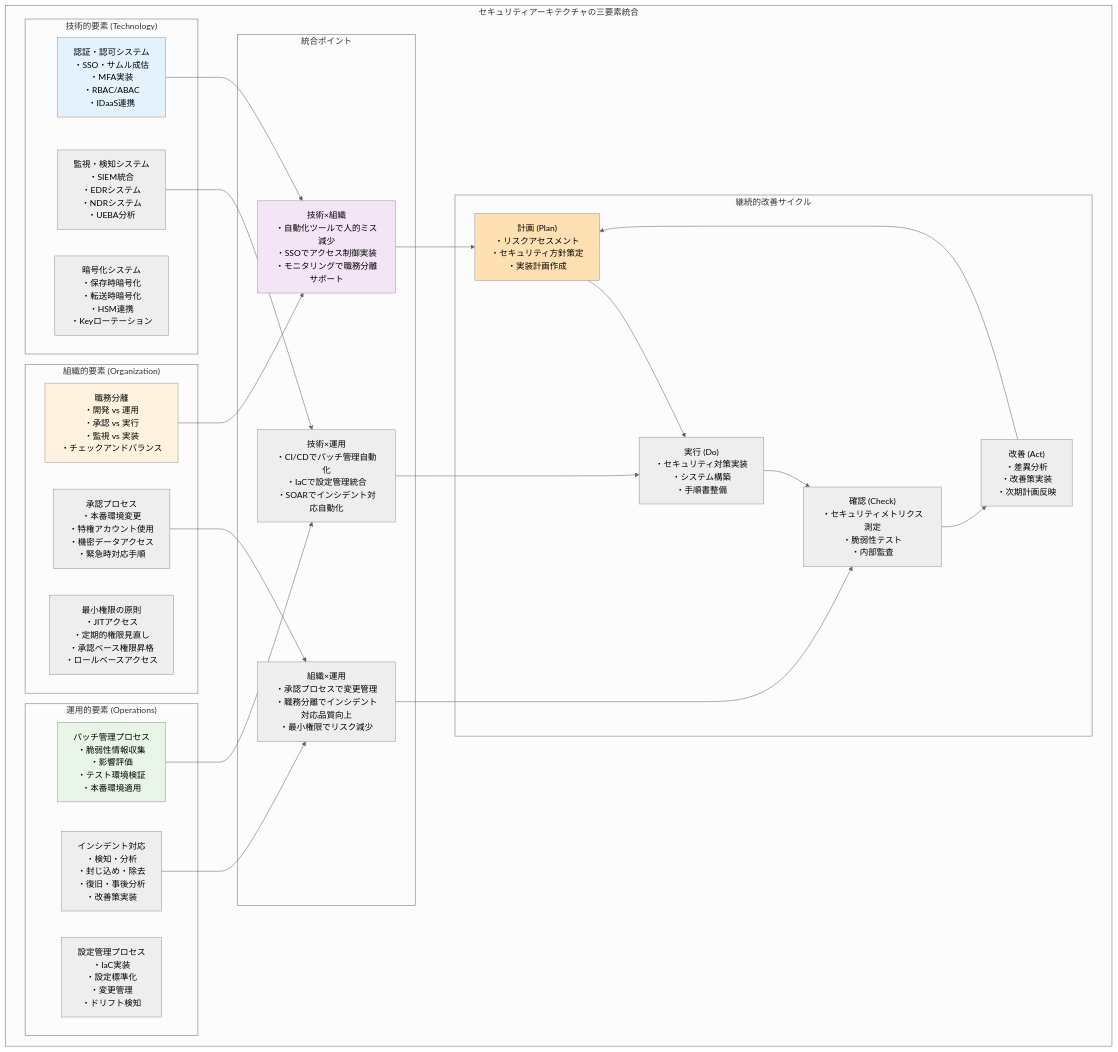
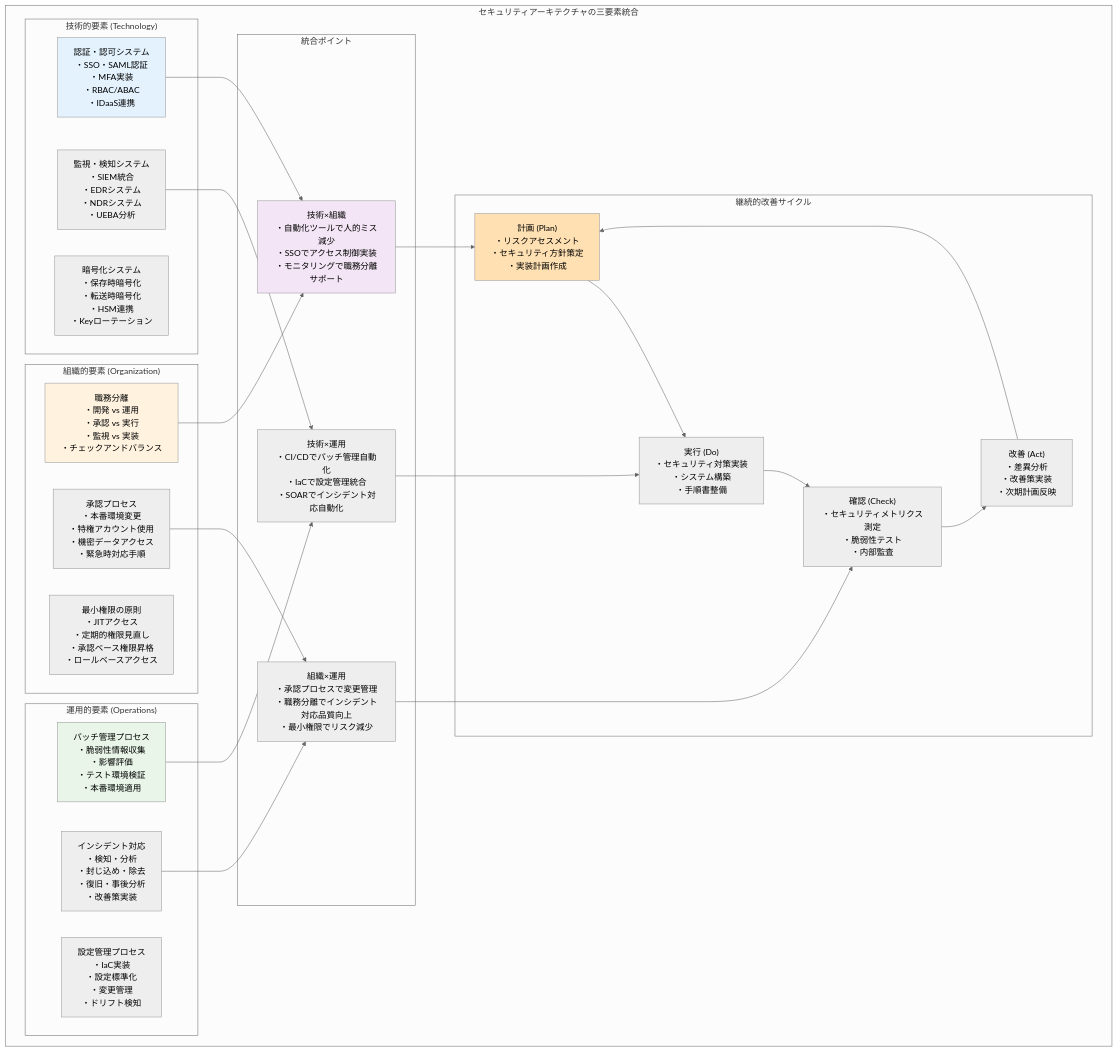
One commit to itdojp/it-infra-security-guide-book changed the third of 5 diagrams in src/chapter-chapter02/index.md. Above: the diagram before and after it, drawn with Mermaid (neutral theme).

````diff
--- a/src/chapter-chapter02/index.md
+++ b/src/chapter-chapter02/index.md
@@ -256,59 +256,59 @@
 ```mermaid
 graph TD
     subgraph "セキュリティアーキテクチャの三要素統合"
         subgraph "技術的要素 (Technology)"
-            AuthSystem["認証・認可システム<br/>・SSO・サムル成估<br/>・MFA実装<br/>・RBAC/ABAC<br/>・IDaaS連携"]
+            AuthSystem["認証・認可システム<br/>・SSO・SAML認証<br/>・MFA実装<br/>・RBAC/ABAC<br/>・IDaaS連携"]
             CryptoSystem["暗号化システム<br/>・保存時暗号化<br/>・転送時暗号化<br/>・HSM連携<br/>・Keyローテーション"]
             MonitoringSystem["監視・検知システム<br/>・SIEM統合<br/>・EDRシステム<br/>・NDRシステム<br/>・UEBA分析"]
         end
         
         subgraph "組織的要素 (Organization)"
             Separation["職務分離<br/>・開発 vs 運用<br/>・承認 vs 実行<br/>・監視 vs 実装<br/>・チェックアンドバランス"]
             LeastPrivilege["最小権限の原則<br/>・JITアクセス<br/>・定期的権限見直し<br/>・承認ベース権限昇格<br/>・ロールベースアクセス"]
             ApprovalProcess["承認プロセス<br/>・本番環境変更<br/>・特権アカウント使用<br/>・機密データアクセス<br/>・緊急時対応手順"]
         end
         
         subgraph "運用的要素 (Operations)"
             PatchManagement["パッチ管理プロセス<br/>・脆弱性情報収集<br/>・影響評価<br/>・テスト環境検証<br/>・本番環境適用"]
             ConfigManagement["設定管理プロセス<br/>・IaC実装<br/>・設定標準化<br/>・変更管理<br/>・ドリフト検知"]
             IncidentResponse["インシデント対応<br/>・検知・分析<br/>・封じ込め・除去<br/>・復旧・事後分析<br/>・改善策実装"]
         end
         
         subgraph "統合ポイント"
             Integration1["技術×組織<br/>・自動化ツールで人的ミス減少<br/>・SSOでアクセス制御実装<br/>・モニタリングで職務分離サポート"]
             Integration2["技術×運用<br/>・CI/CDでパッチ管理自動化<br/>・IaCで設定管理統合<br/>・SOARでインシデント対応自動化"]
             Integration3["組織×運用<br/>・承認プロセスで変更管理<br/>・職務分離でインシデント対応品質向上<br/>・最小権限でリスク減少"]
         end
         
         subgraph "継続的改善サイクル"
             Plan["計画 (Plan)<br/>・リスクアセスメント<br/>・セキュリティ方針策定<br/>・実装計画作成"]
             Do["実行 (Do)<br/>・セキュリティ対策実装<br/>・システム構築<br/>・手順書整備"]
             Check["確認 (Check)<br/>・セキュリティメトリクス測定<br/>・脆弱性テスト<br/>・内部監査"]
             Act["改善 (Act)<br/>・差異分析<br/>・改善策実装<br/>・次期計画反映"]
         end
         
         AuthSystem --> Integration1
         Separation --> Integration1
         
         MonitoringSystem --> Integration2
         PatchManagement --> Integration2
         
         ApprovalProcess --> Integration3
         IncidentResponse --> Integration3
         
         Integration1 --> Plan
         Integration2 --> Do
         Integration3 --> Check
         
         Plan --> Do
         Do --> Check
         Check --> Act
         Act --> Plan
     end
     
     style AuthSystem fill:#e3f2fd
     style Separation fill:#fff3e0
     style PatchManagement fill:#e8f5e8
     style Integration1 fill:#f3e5f5
     style Plan fill:#ffe0b2
 ```
````
